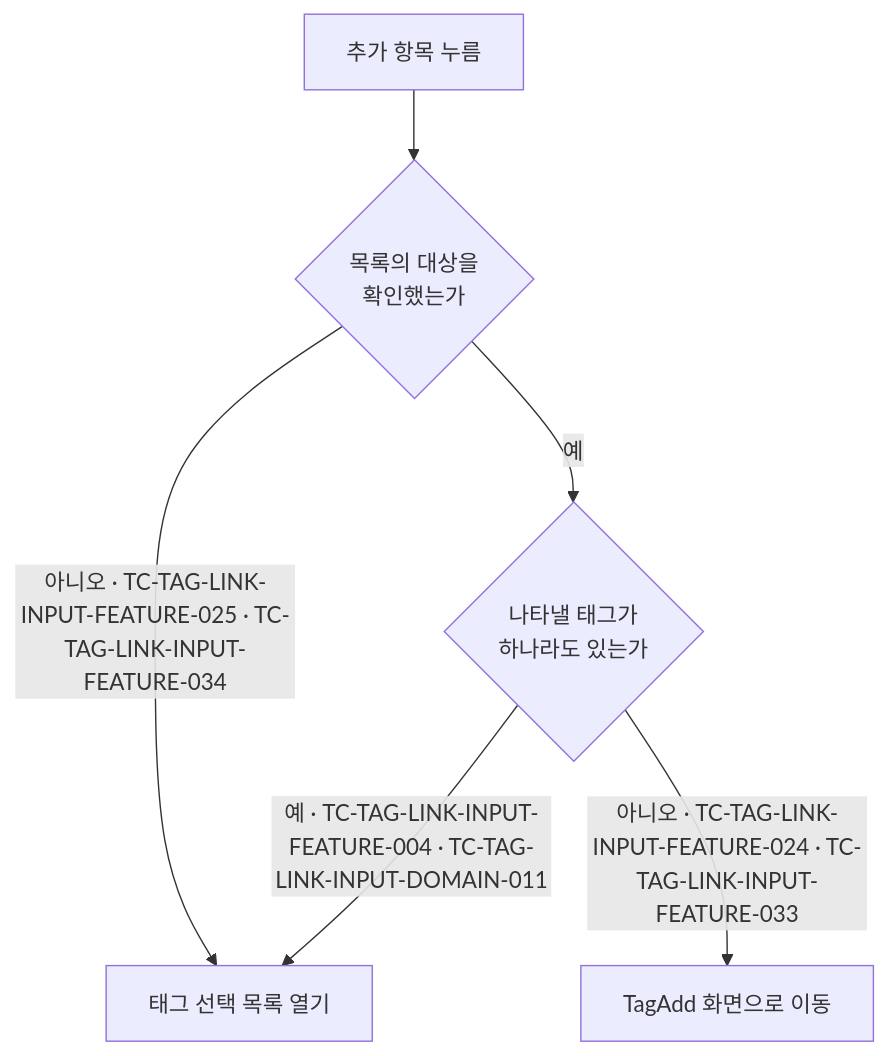
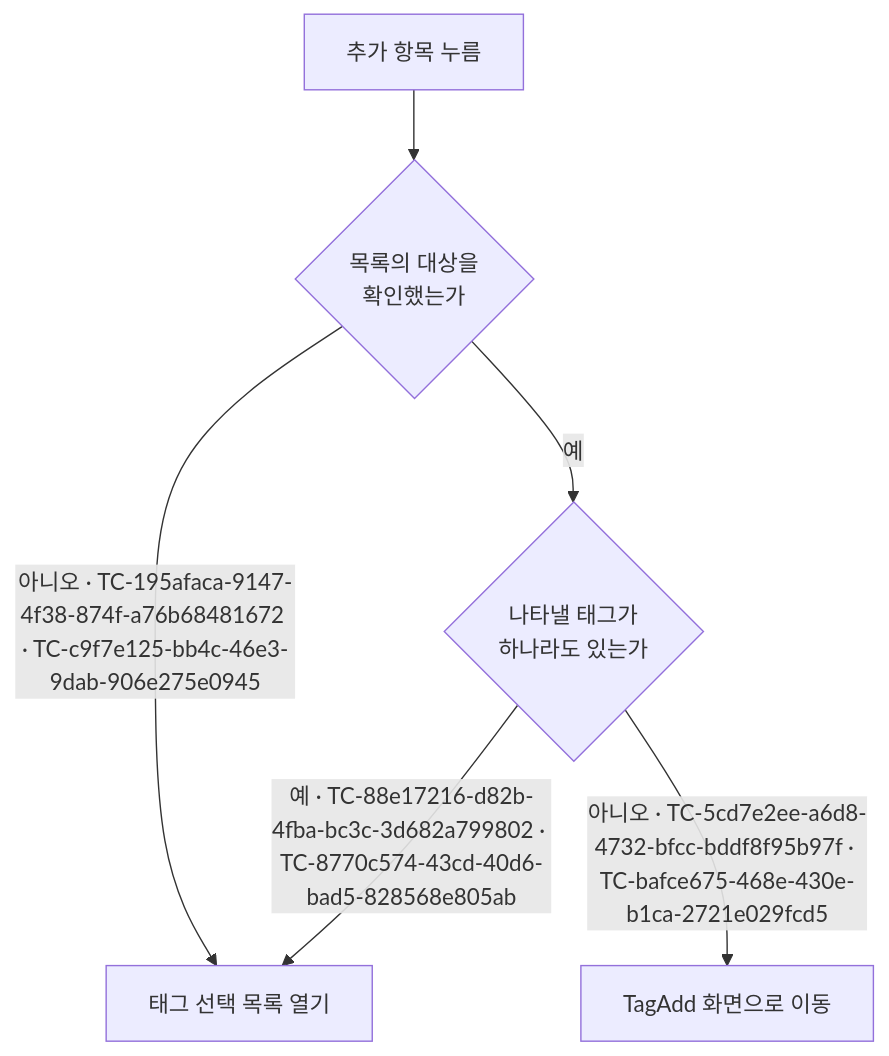
The diagram in docs/testcase/tag-link-input.md (taetae98coding/DiaryKMP), drawn with Mermaid before and after one commit. The commit also changed other lines of this file and 1177 other files, not shown here.

````diff
--- a/docs/testcase/tag-link-input.md
+++ b/docs/testcase/tag-link-input.md
@@ -44,8 +44,8 @@
 ```mermaid
 flowchart TD
     Click["추가 항목 누름"] --> Ready{"목록의 대상을<br/>확인했는가"}
-    Ready -- "아니오 · TC-TAG-LINK-INPUT-FEATURE-025 · TC-TAG-LINK-INPUT-FEATURE-034" --> Open["태그 선택 목록 열기"]
+    Ready -- "아니오 · TC-195afaca-9147-4f38-874f-a76b68481672 · TC-c9f7e125-bb4c-46e3-9dab-906e275e0945" --> Open["태그 선택 목록 열기"]
     Ready -- 예 --> Any{"나타낼 태그가<br/>하나라도 있는가"}
-    Any -- "예 · TC-TAG-LINK-INPUT-FEATURE-004 · TC-TAG-LINK-INPUT-DOMAIN-011" --> Open
-    Any -- "아니오 · TC-TAG-LINK-INPUT-FEATURE-024 · TC-TAG-LINK-INPUT-FEATURE-033" --> Move["TagAdd 화면으로 이동"]
+    Any -- "예 · TC-88e17216-d82b-4fba-bc3c-3d682a799802 · TC-8770c574-43cd-40d6-bad5-828568e805ab" --> Open
+    Any -- "아니오 · TC-5cd7e2ee-a6d8-4732-bfcc-bddf8f95b97f · TC-bafce675-468e-430e-b1ca-2721e029fcd5" --> Move["TagAdd 화면으로 이동"]
 ```
````
